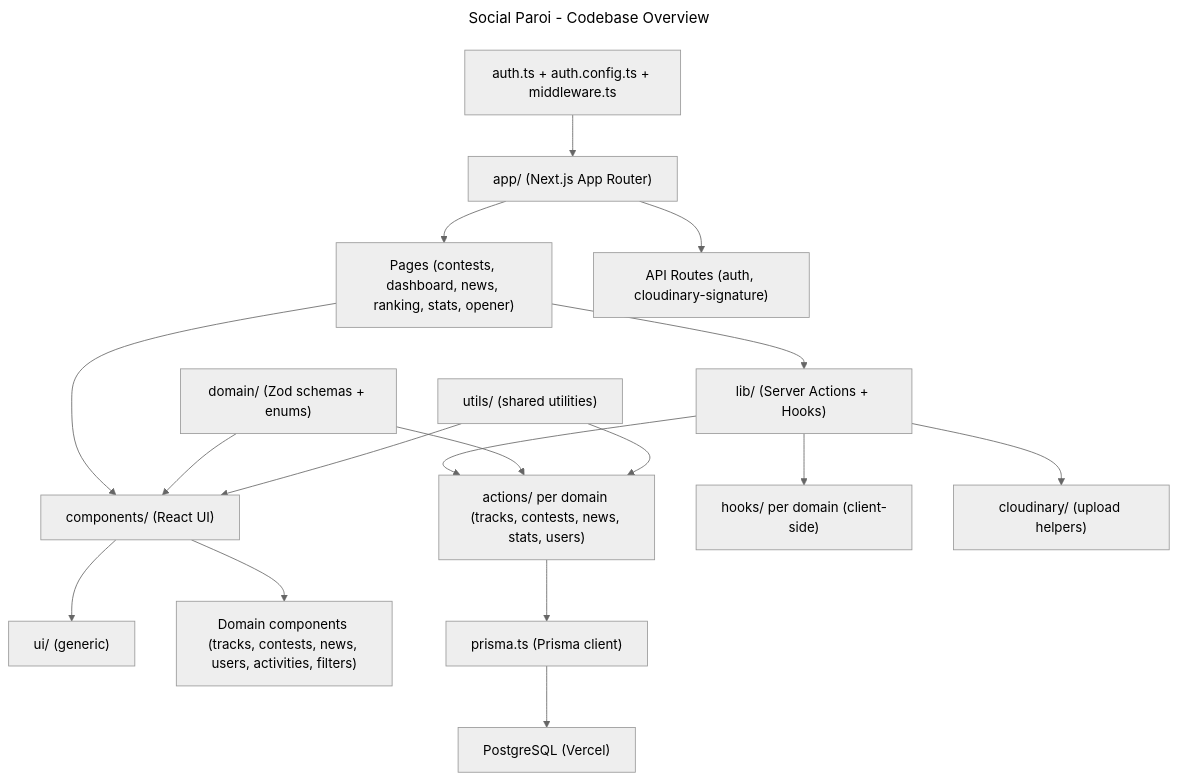
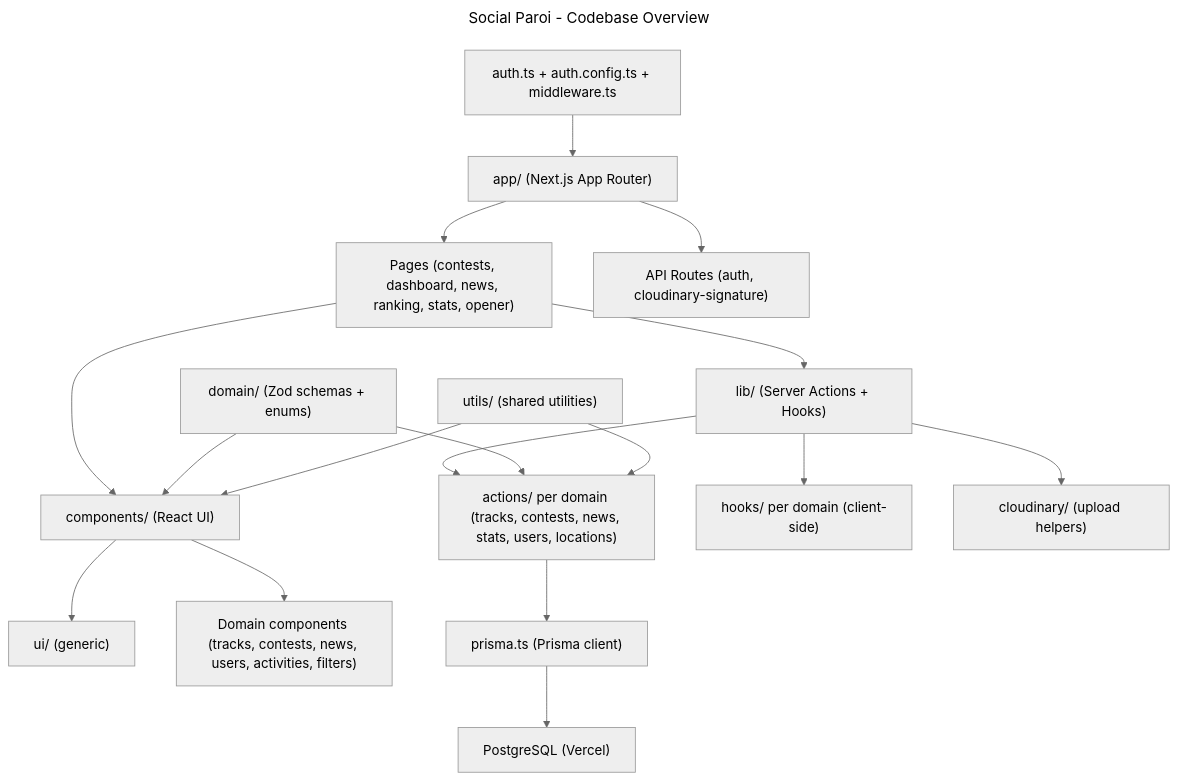
One commit to jfaussion/Social-paroi changed the diagram in aidd_docs/memory/codebase_map.md. Above: the diagram before and after it, drawn with Mermaid (neutral theme). The commit also changed 35 other files, not shown here.

First line of the commit message:
feat(locations): implement multi-location support in contests and news

````diff
--- a/aidd_docs/memory/codebase_map.md
+++ b/aidd_docs/memory/codebase_map.md
@@ -9,22 +9,22 @@
 ```mermaid
 ---
 title: Social Paroi - Codebase Overview
 ---
 flowchart TD
     AppRouter["app/ (Next.js App Router)"] --> Pages["Pages (contests, dashboard, news, ranking, stats, opener)"]
     AppRouter --> APIRoutes["API Routes (auth, cloudinary-signature)"]
     Pages --> Components["components/ (React UI)"]
     Components --> UILib["ui/ (generic)"]
     Components --> DomainComponents["Domain components (tracks, contests, news, users, activities, filters)"]
     Pages --> LibLayer["lib/ (Server Actions + Hooks)"]
-    LibLayer --> Actions["actions/ per domain (tracks, contests, news, stats, users)"]
+    LibLayer --> Actions["actions/ per domain (tracks, contests, news, stats, users, locations)"]
     LibLayer --> Hooks["hooks/ per domain (client-side)"]
     LibLayer --> CloudinaryLib["cloudinary/ (upload helpers)"]
     Actions --> PrismaClient["prisma.ts (Prisma client)"]
     PrismaClient --> DB["PostgreSQL (Vercel)"]
     Domain["domain/ (Zod schemas + enums)"] --> Actions
     Domain --> Components
     Utils["utils/ (shared utilities)"] --> Actions
     Utils --> Components
     Auth["auth.ts + auth.config.ts + middleware.ts"] --> AppRouter
 ```
````
